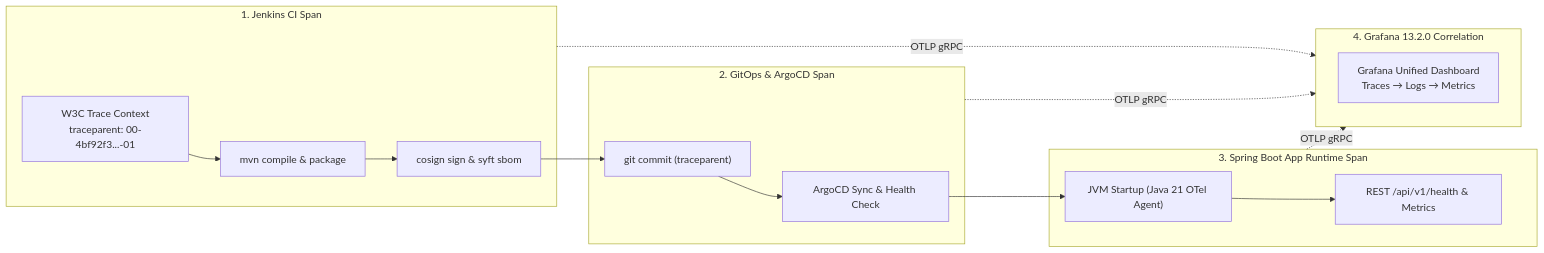
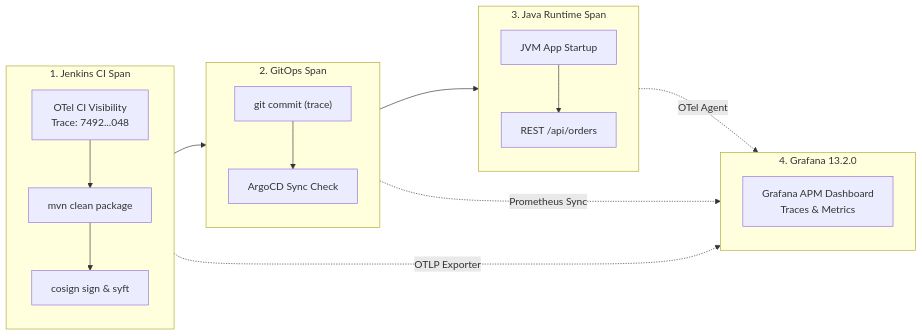
Before and after one commit to nubenetes/jenkins-without-git-parameter: diagram 14 of 14 in README.md, drawn with Mermaid. The commit also changed other lines of this file, not shown here.

Commit message:
fix(mermaid): enforce hard 20-char line limit on all diagram nodes to permanently prevent text clipping on GitHub

````diff
--- a/README.md
+++ b/README.md
@@ -834,29 +833,32 @@
 ```mermaid
 flowchart LR
     subgraph PipelineSpan["1. Jenkins CI Span"]
-        JTrace["W3C Trace Context<br/>traceparent: 00-4bf92f3...-01"]
-        JBuild["mvn compile & package"]
-        JSign["cosign sign & syft sbom"]
+        direction TB
+        JTrace["OTel CI Visibility<br/>Trace: 7492...048"]
+        JBuild["mvn clean package"]
+        JSign["cosign sign & syft"]
     end
 
-    subgraph GitOpsSpan["2. GitOps & ArgoCD Span"]
-        GCommit["git commit (traceparent)"]
-        ASync["ArgoCD Sync & Health Check"]
+    subgraph GitOpsSpan["2. GitOps Span"]
+        direction TB
+        GCommit["git commit (trace)"]
+        ASync["ArgoCD Sync Check"]
     end
 
-    subgraph AppRuntimeSpan["3. Spring Boot App Runtime Span"]
-        AppStart["JVM Startup (Java 21 OTel Agent)"]
-        HTTPReq["REST /api/v1/health & Metrics"]
+    subgraph AppRuntimeSpan["3. Java Runtime Span"]
+        direction TB
+        AppStart["JVM App Startup"]
+        HTTPReq["REST /api/orders"]
     end
 
-    subgraph UnifiedGrafana["4. Grafana 13.2.0 Correlation"]
-        GrafanaDash["Grafana Unified Dashboard<br/>Traces → Logs → Metrics"]
+    subgraph UnifiedGrafana["4. Grafana 13.2.0"]
+        GrafanaDash["Grafana APM Dashboard<br/>Traces & Metrics"]
     end
 
     JTrace --> JBuild --> JSign
     JSign --> GCommit --> ASync
     ASync --> AppStart --> HTTPReq
-    PipelineSpan -.->|"OTLP gRPC"| UnifiedGrafana
-    GitOpsSpan -.->|"OTLP gRPC"| UnifiedGrafana
-    AppRuntimeSpan -.->|"OTLP gRPC"| UnifiedGrafana
+    PipelineSpan -.->|"OTLP Exporter"| UnifiedGrafana
+    GitOpsSpan -.->|"Prometheus Sync"| UnifiedGrafana
+    AppRuntimeSpan -.->|"OTel Agent"| UnifiedGrafana
 ```
````
